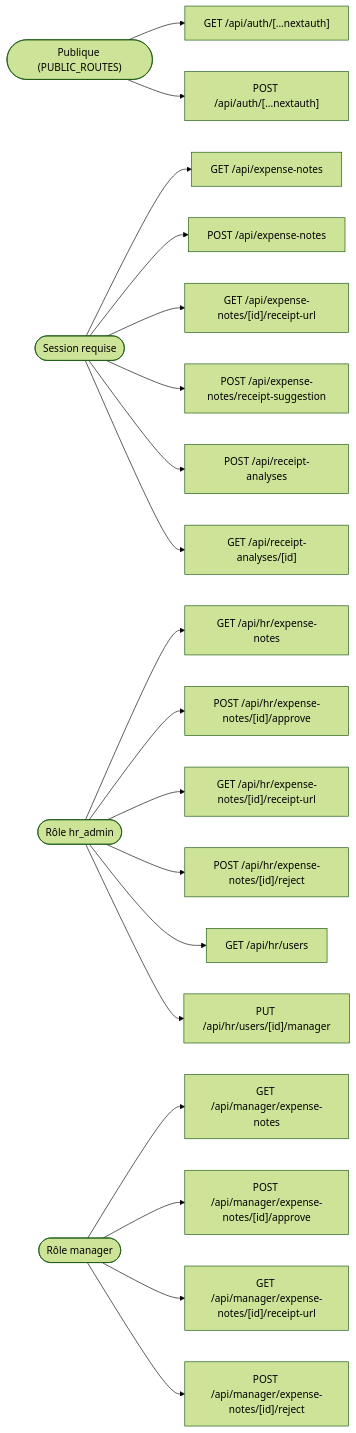
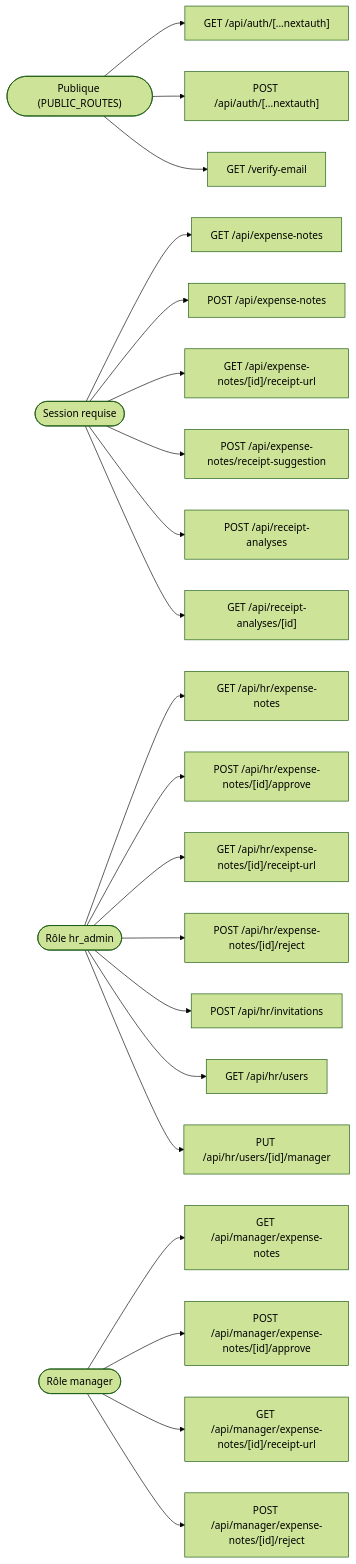
The diagram in docs/architecture/routes.mmd (2-MORGAN/expense-io), drawn with Mermaid (forest theme) before and after one commit. The commit also changed 3 other files, not shown here.

First line of the commit message:
test(architecture): matrice à jour du code de 2-486 et 2-496

```diff
--- a/docs/architecture/routes.mmd
+++ b/docs/architecture/routes.mmd
@@ -1,42 +1,46 @@
 flowchart LR
   %% Généré par npm run generate:architecture (scripts/architecture) : ne pas modifier à la main.
   g_public(["Publique (PUBLIC_ROUTES)"])
   g_session(["Session requise"])
   g_role_hr_5f_admin(["Rôle hr_admin"])
   g_role_manager(["Rôle manager"])
   r_GET_20__2f_api_2f_auth_2f__5b__2e__2e__2e_nextauth_5d_["GET /api/auth/[...nextauth]"]
   r_POST_20__2f_api_2f_auth_2f__5b__2e__2e__2e_nextauth_5d_["POST /api/auth/[...nextauth]"]
   r_GET_20__2f_api_2f_expense_2d_notes["GET /api/expense-notes"]
   r_POST_20__2f_api_2f_expense_2d_notes["POST /api/expense-notes"]
   r_GET_20__2f_api_2f_expense_2d_notes_2f__5b_id_5d__2f_receipt_2d_url["GET /api/expense-notes/[id]/receipt-url"]
   r_POST_20__2f_api_2f_expense_2d_notes_2f_receipt_2d_suggestion["POST /api/expense-notes/receipt-suggestion"]
   r_GET_20__2f_api_2f_hr_2f_expense_2d_notes["GET /api/hr/expense-notes"]
   r_POST_20__2f_api_2f_hr_2f_expense_2d_notes_2f__5b_id_5d__2f_approve["POST /api/hr/expense-notes/[id]/approve"]
   r_GET_20__2f_api_2f_hr_2f_expense_2d_notes_2f__5b_id_5d__2f_receipt_2d_url["GET /api/hr/expense-notes/[id]/receipt-url"]
   r_POST_20__2f_api_2f_hr_2f_expense_2d_notes_2f__5b_id_5d__2f_reject["POST /api/hr/expense-notes/[id]/reject"]
+  r_POST_20__2f_api_2f_hr_2f_invitations["POST /api/hr/invitations"]
   r_GET_20__2f_api_2f_hr_2f_users["GET /api/hr/users"]
   r_PUT_20__2f_api_2f_hr_2f_users_2f__5b_id_5d__2f_manager["PUT /api/hr/users/[id]/manager"]
   r_GET_20__2f_api_2f_manager_2f_expense_2d_notes["GET /api/manager/expense-notes"]
   r_POST_20__2f_api_2f_manager_2f_expense_2d_notes_2f__5b_id_5d__2f_approve["POST /api/manager/expense-notes/[id]/approve"]
   r_GET_20__2f_api_2f_manager_2f_expense_2d_notes_2f__5b_id_5d__2f_receipt_2d_url["GET /api/manager/expense-notes/[id]/receipt-url"]
   r_POST_20__2f_api_2f_manager_2f_expense_2d_notes_2f__5b_id_5d__2f_reject["POST /api/manager/expense-notes/[id]/reject"]
   r_POST_20__2f_api_2f_receipt_2d_analyses["POST /api/receipt-analyses"]
   r_GET_20__2f_api_2f_receipt_2d_analyses_2f__5b_id_5d_["GET /api/receipt-analyses/[id]"]
+  r_GET_20__2f_verify_2d_email["GET /verify-email"]
   g_public --> r_GET_20__2f_api_2f_auth_2f__5b__2e__2e__2e_nextauth_5d_
   g_public --> r_POST_20__2f_api_2f_auth_2f__5b__2e__2e__2e_nextauth_5d_
   g_session --> r_GET_20__2f_api_2f_expense_2d_notes
   g_session --> r_POST_20__2f_api_2f_expense_2d_notes
   g_session --> r_GET_20__2f_api_2f_expense_2d_notes_2f__5b_id_5d__2f_receipt_2d_url
   g_session --> r_POST_20__2f_api_2f_expense_2d_notes_2f_receipt_2d_suggestion
   g_role_hr_5f_admin --> r_GET_20__2f_api_2f_hr_2f_expense_2d_notes
   g_role_hr_5f_admin --> r_POST_20__2f_api_2f_hr_2f_expense_2d_notes_2f__5b_id_5d__2f_approve
   g_role_hr_5f_admin --> r_GET_20__2f_api_2f_hr_2f_expense_2d_notes_2f__5b_id_5d__2f_receipt_2d_url
   g_role_hr_5f_admin --> r_POST_20__2f_api_2f_hr_2f_expense_2d_notes_2f__5b_id_5d__2f_reject
+  g_role_hr_5f_admin --> r_POST_20__2f_api_2f_hr_2f_invitations
   g_role_hr_5f_admin --> r_GET_20__2f_api_2f_hr_2f_users
   g_role_hr_5f_admin --> r_PUT_20__2f_api_2f_hr_2f_users_2f__5b_id_5d__2f_manager
   g_role_manager --> r_GET_20__2f_api_2f_manager_2f_expense_2d_notes
   g_role_manager --> r_POST_20__2f_api_2f_manager_2f_expense_2d_notes_2f__5b_id_5d__2f_approve
   g_role_manager --> r_GET_20__2f_api_2f_manager_2f_expense_2d_notes_2f__5b_id_5d__2f_receipt_2d_url
   g_role_manager --> r_POST_20__2f_api_2f_manager_2f_expense_2d_notes_2f__5b_id_5d__2f_reject
   g_session --> r_POST_20__2f_api_2f_receipt_2d_analyses
   g_session --> r_GET_20__2f_api_2f_receipt_2d_analyses_2f__5b_id_5d_
+  g_public --> r_GET_20__2f_verify_2d_email
```
